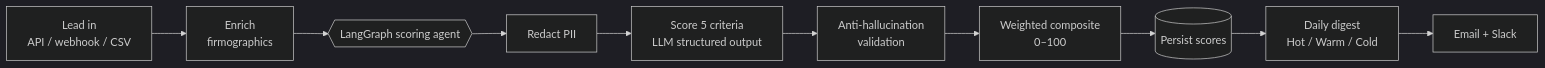
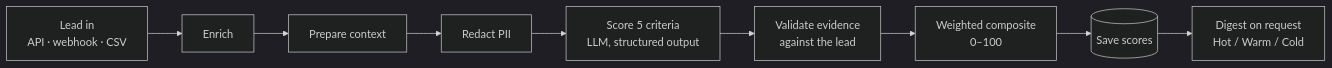
One commit to arslanvuzmal/QualiSift changed the first of 2 diagrams in README.md. Above: the diagram before and after it, drawn with Mermaid (dark theme). The commit also changed other lines of this file and 11 other files, not shown here.

````diff
--- a/README.md
+++ b/README.md
@@ -41,12 +35,11 @@
 ```mermaid
 flowchart LR
-    A[Lead in<br/>API / webhook / CSV] --> B[Enrich<br/>firmographics]
-    B --> C{{LangGraph scoring agent}}
+    A[Lead in<br/>API · webhook · CSV] --> B[Enrich]
+    B --> C[Prepare context]
     C --> D[Redact PII]
-    D --> E[Score 5 criteria<br/>LLM structured output]
-    E --> F[Anti-hallucination<br/>validation]
+    D --> E[Score 5 criteria<br/>LLM, structured output]
+    E --> F[Validate evidence<br/>against the lead]
     F --> G[Weighted composite<br/>0–100]
-    G --> H[(Persist scores)]
-    H --> I[Daily digest<br/>Hot / Warm / Cold]
-    I --> J[Email + Slack]
+    G --> H[(Save scores)]
+    H --> I[Digest on request<br/>Hot / Warm / Cold]
 ```
````
